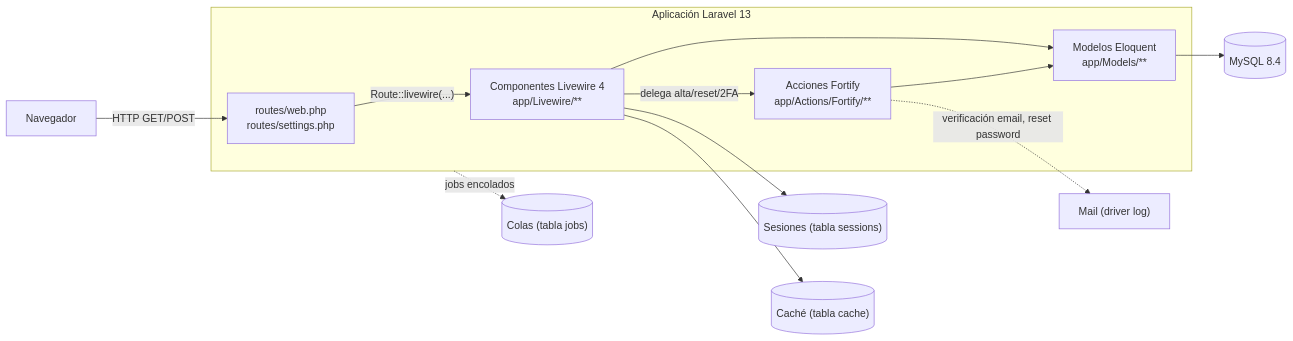
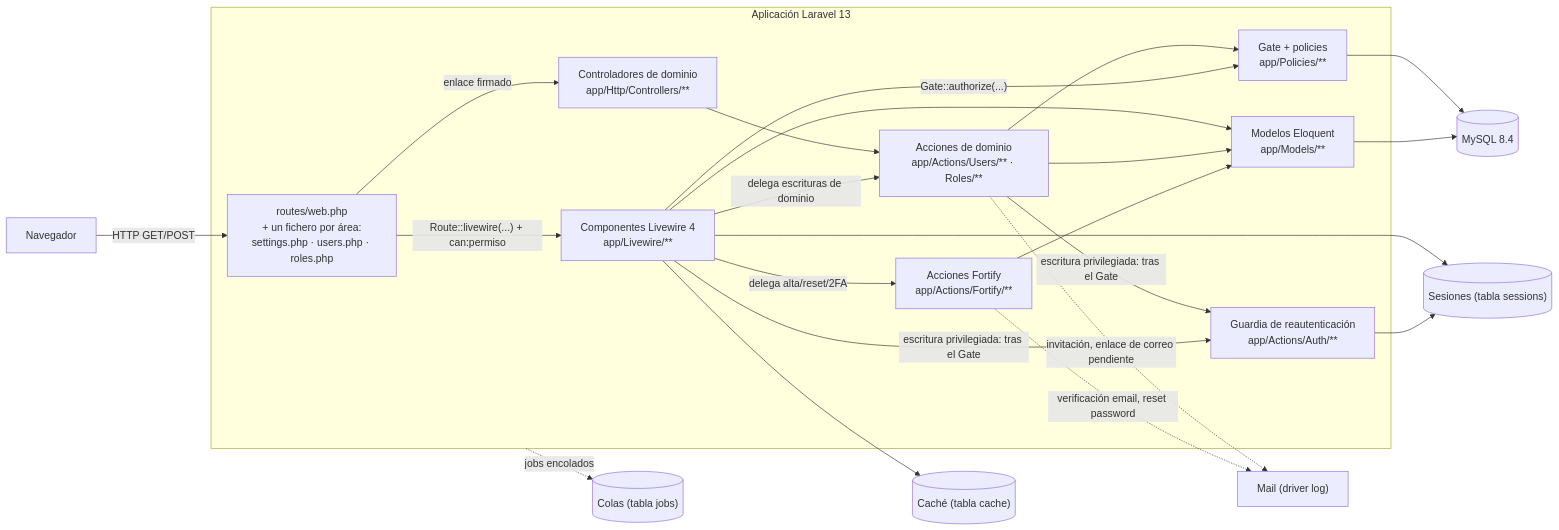
One commit to LIDR-academy/AI4Devs-finalproject changed the first of 2 diagrams in readme.md. Above: the diagram before and after it, drawn with Mermaid. The commit also changed other lines of this file and 15 other files, not shown here.

````diff
--- a/readme.md
+++ b/readme.md
@@ -206,28 +212,43 @@
 ```mermaid
 flowchart LR
     Browser["Navegador"]
 
     subgraph Laravel["Aplicación Laravel 13"]
-        Routes["routes/web.php\nroutes/settings.php"]
+        Routes["routes/web.php\n+ un fichero por área:\nsettings.php · users.php · roles.php"]
         Livewire["Componentes Livewire 4\napp/Livewire/**"]
+        Controllers["Controladores de dominio\napp/Http/Controllers/**"]
+        Gate["Gate + policies\napp/Policies/**"]
+        StepUp["Guardia de reautenticación\napp/Actions/Auth/**"]
         Fortify["Acciones Fortify\napp/Actions/Fortify/**"]
+        Actions["Acciones de dominio\napp/Actions/Users/** · Roles/**"]
         Models["Modelos Eloquent\napp/Models/**"]
     end
 
     DB[("MySQL 8.4")]
     Queue[("Colas (tabla jobs)")]
     Session[("Sesiones (tabla sessions)")]
     Cache[("Caché (tabla cache)")]
     Mail["Mail (driver log)"]
 
     Browser -->|"HTTP GET/POST"| Routes
-    Routes -->|"Route::livewire(...)"| Livewire
+    Routes -->|"Route::livewire(...) + can:permiso"| Livewire
+    Routes -->|"enlace firmado"| Controllers
+    Livewire -->|"Gate::authorize(...)"| Gate
     Livewire -->|"delega alta/reset/2FA"| Fortify
+    Livewire -->|"delega escrituras de dominio"| Actions
+    Livewire -->|"escritura privilegiada: tras el Gate"| StepUp
+    Actions -->|"escritura privilegiada: tras el Gate"| StepUp
+    Actions --> Gate
+    Controllers --> Actions
+    StepUp --> Session
     Fortify --> Models
+    Actions --> Models
     Livewire --> Models
     Models --> DB
+    Gate --> DB
     Livewire --> Session
     Livewire --> Cache
     Fortify -.->|"verificación email, reset password"| Mail
+    Actions -.->|"invitación, enlace de correo pendiente"| Mail
     Laravel -.->|"jobs encolados"| Queue
 ```
````
